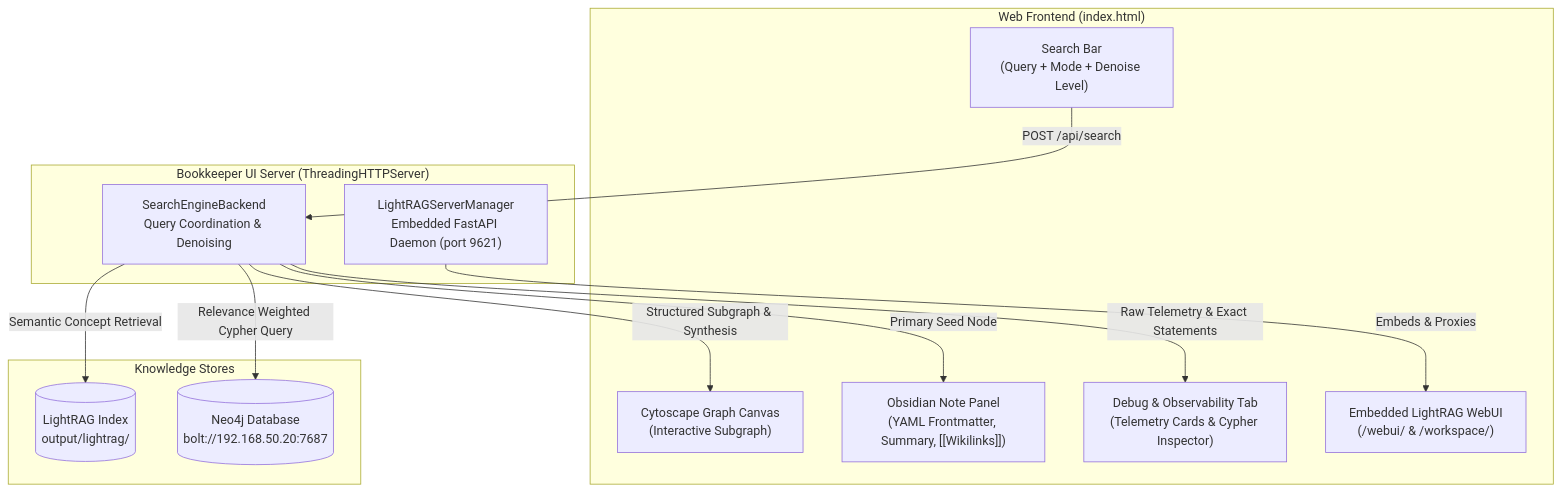
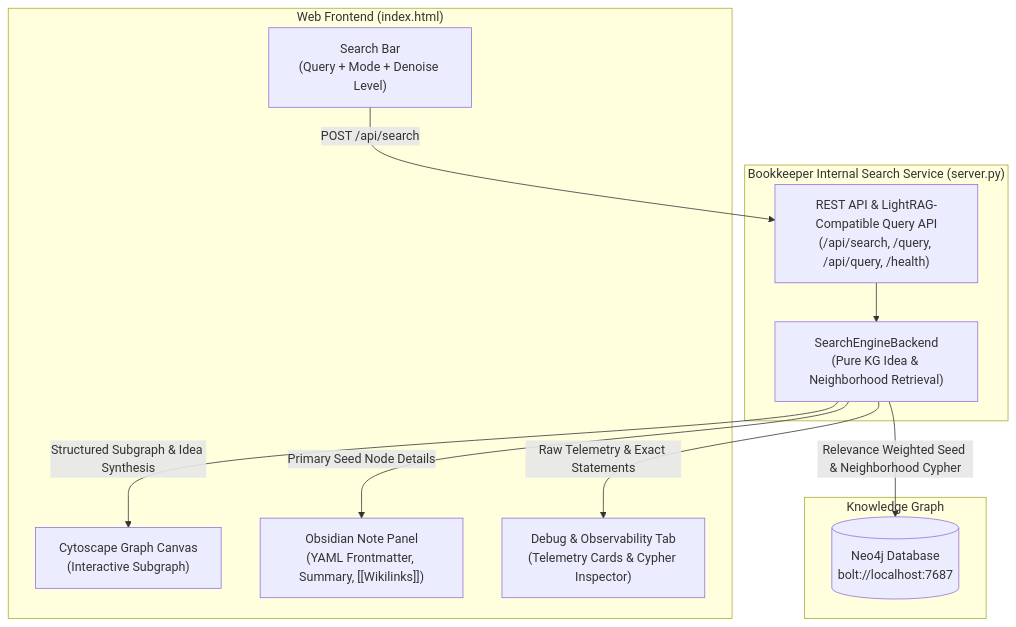
The diagram in docs/ui.md (Sergsw74/bookeeper), drawn with Mermaid before and after one commit. The commit also changed other lines of this file and 19 other files, not shown here.

````diff
--- a/docs/ui.md
+++ b/docs/ui.md
@@ -26,28 +24,25 @@
 ```mermaid
 flowchart TD
     subgraph Frontend ["Web Frontend (index.html)"]
         A["Search Bar\n(Query + Mode + Denoise Level)"]
         B["Cytoscape Graph Canvas\n(Interactive Subgraph)"]
         C["Obsidian Note Panel\n(YAML Frontmatter, Summary, [[Wikilinks]])"]
-        D["Embedded LightRAG WebUI\n(/webui/ & /workspace/)"]
-        E["Debug & Observability Tab\n(Telemetry Cards & Cypher Inspector)"]
+        D["Debug & Observability Tab\n(Telemetry Cards & Cypher Inspector)"]
     end
 
-    subgraph Backend ["Bookkeeper UI Server (ThreadingHTTPServer)"]
-        F["SearchEngineBackend\nQuery Coordination & Denoising"]
-        G["LightRAGServerManager\nEmbedded FastAPI Daemon (port 9621)"]
+    subgraph Backend ["Bookkeeper Internal Search Service (server.py)"]
+        E["SearchEngineBackend\n(Pure KG Idea & Neighborhood Retrieval)"]
+        F["REST API & LightRAG-Compatible Query API\n(/api/search, /query, /api/query, /health)"]
     end
 
-    subgraph Engines ["Knowledge Stores"]
-        H[("LightRAG Index\noutput/lightrag/")]
-        I[("Neo4j Database\nbolt://192.168.50.20:7687")]
+    subgraph Storage ["Knowledge Graph"]
+        G[("Neo4j Database\nbolt://localhost:7687")]
     end
 
     A -->|POST /api/search| F
-    F -->|Semantic Concept Retrieval| H
-    F -->|Relevance Weighted Cypher Query| I
-    F -->|Structured Subgraph & Synthesis| B
-    F -->|Primary Seed Node| C
-    F -->|Raw Telemetry & Exact Statements| E
-    G -->|Embeds & Proxies| D
+    F --> E
+    E -->|Relevance Weighted Seed & Neighborhood Cypher| G
+    E -->|Structured Subgraph & Idea Synthesis| B
+    E -->|Primary Seed Node Details| C
+    E -->|Raw Telemetry & Exact Statements| D
 ```
````
